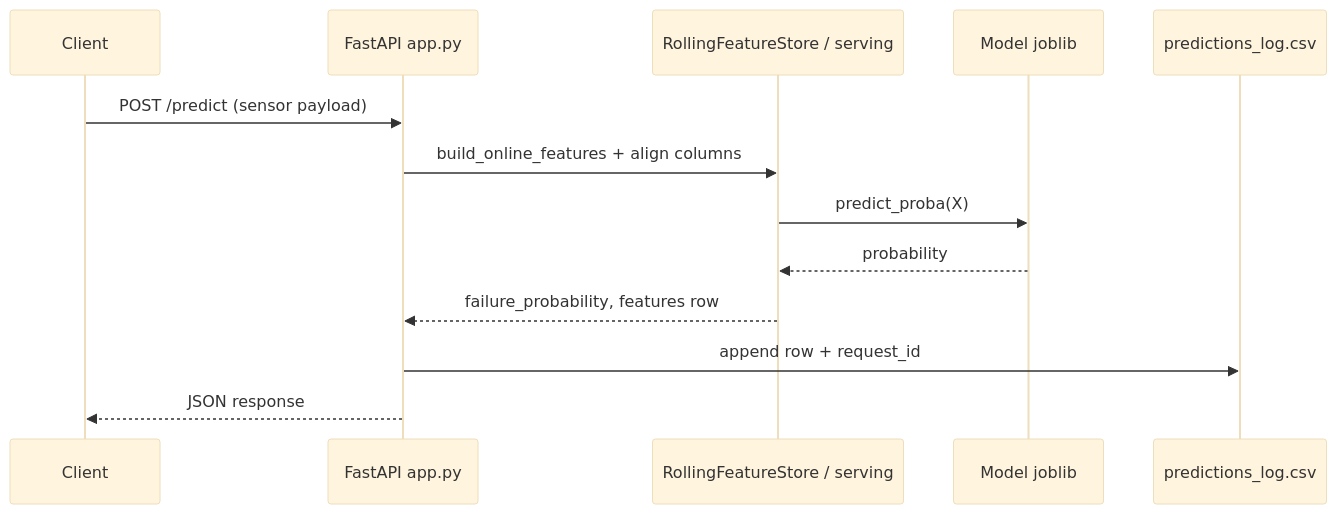
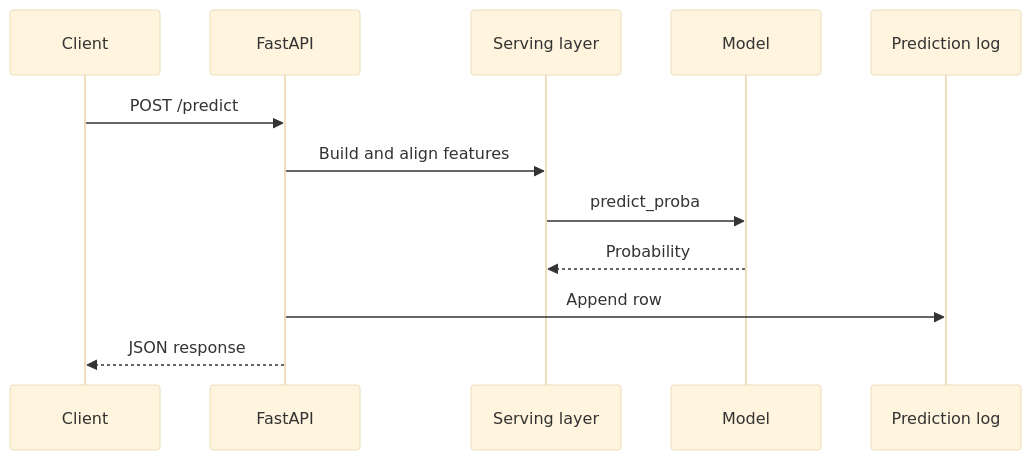
One commit to nhahub/NHA-4-190 changed the fifth of 9 diagrams in docs/03_system_design.md. Above: the diagram before and after it, drawn with Mermaid (base theme). The commit also changed other lines of this file and 8 other files, not shown here.

````diff
--- a/docs/03_system_design.md
+++ b/docs/03_system_design.md
@@ -103,15 +103,14 @@
 ```mermaid
 sequenceDiagram
   participant C as Client
-  participant A as FastAPI app.py
-  participant S as RollingFeatureStore / serving
-  participant M as Model joblib
-  participant L as predictions_log.csv
-  C->>A: POST /predict (sensor payload)
-  A->>S: build_online_features + align columns
-  S->>M: predict_proba(X)
-  M-->>S: probability
-  S-->>A: failure_probability, features row
-  A->>L: append row + request_id
+  participant A as FastAPI
+  participant S as Serving layer
+  participant M as Model
+  participant L as Prediction log
+  C->>A: POST /predict
+  A->>S: Build and align features
+  S->>M: predict_proba
+  M-->>S: Probability
+  A->>L: Append row
   A-->>C: JSON response
 ```
````
